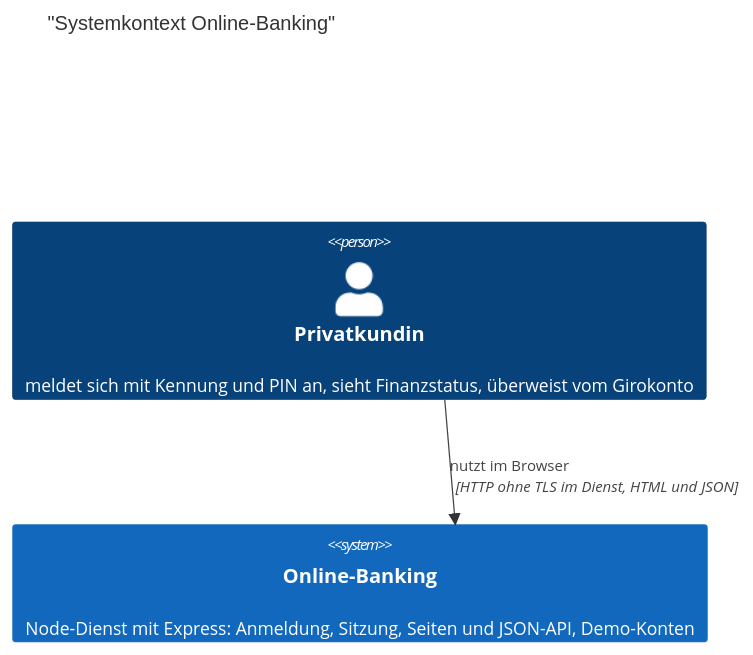
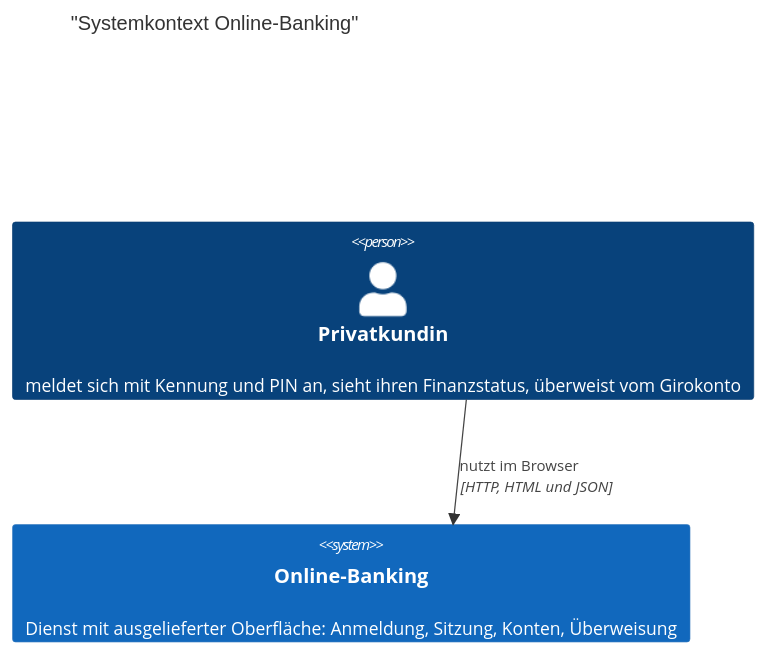
The first of 6 diagrams in docs/architecture.md (dakn85/online-banking), drawn with Mermaid before and after one commit. The commit also changed other lines of this file and 1 other file, not shown here.

````diff
--- a/docs/architecture.md
+++ b/docs/architecture.md
@@ -28,7 +17,7 @@
 ```mermaid
 C4Context
     title "Systemkontext Online-Banking"
-    Person(kundin, "Privatkundin", "meldet sich mit Kennung und PIN an, sieht Finanzstatus, überweist vom Girokonto")
-    System(banking, "Online-Banking", "Node-Dienst mit Express: Anmeldung, Sitzung, Seiten und JSON-API, Demo-Konten")
-    Rel(kundin, banking, "nutzt im Browser", "HTTP ohne TLS im Dienst, HTML und JSON")
+    Person(kundin, "Privatkundin", "meldet sich mit Kennung und PIN an, sieht ihren Finanzstatus, überweist vom Girokonto")
+    System(banking, "Online-Banking", "Dienst mit ausgelieferter Oberfläche: Anmeldung, Sitzung, Konten, Überweisung")
+    Rel(kundin, banking, "nutzt im Browser", "HTTP, HTML und JSON")
 ```
````
